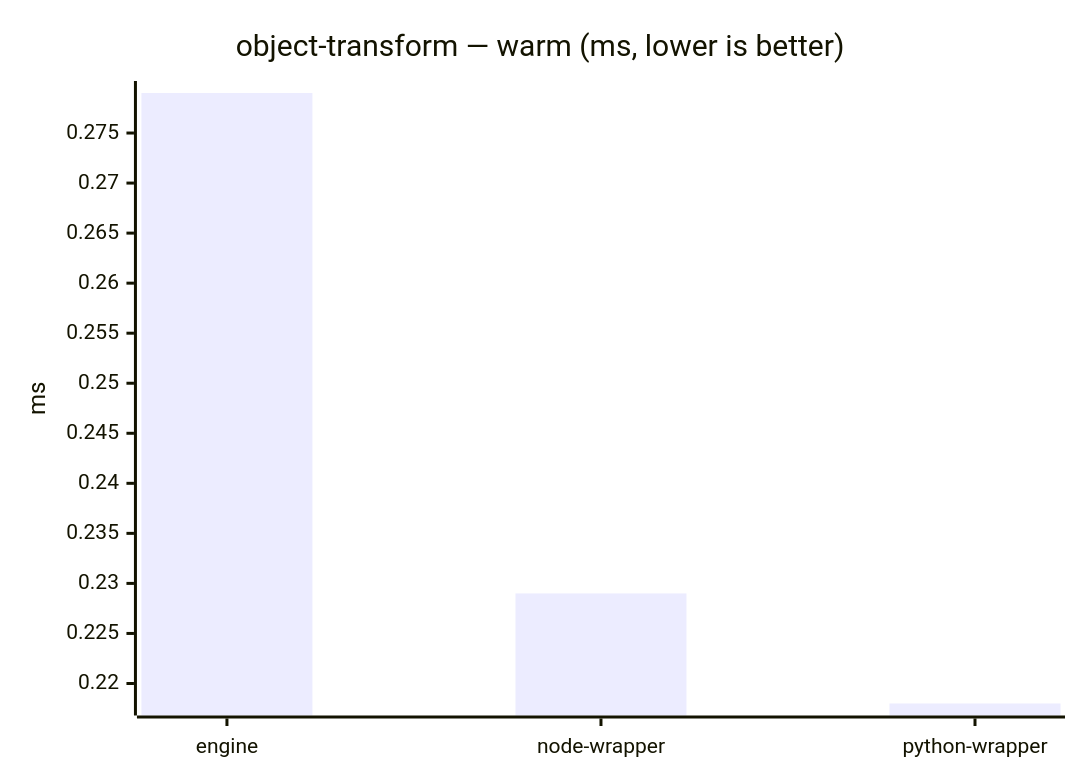
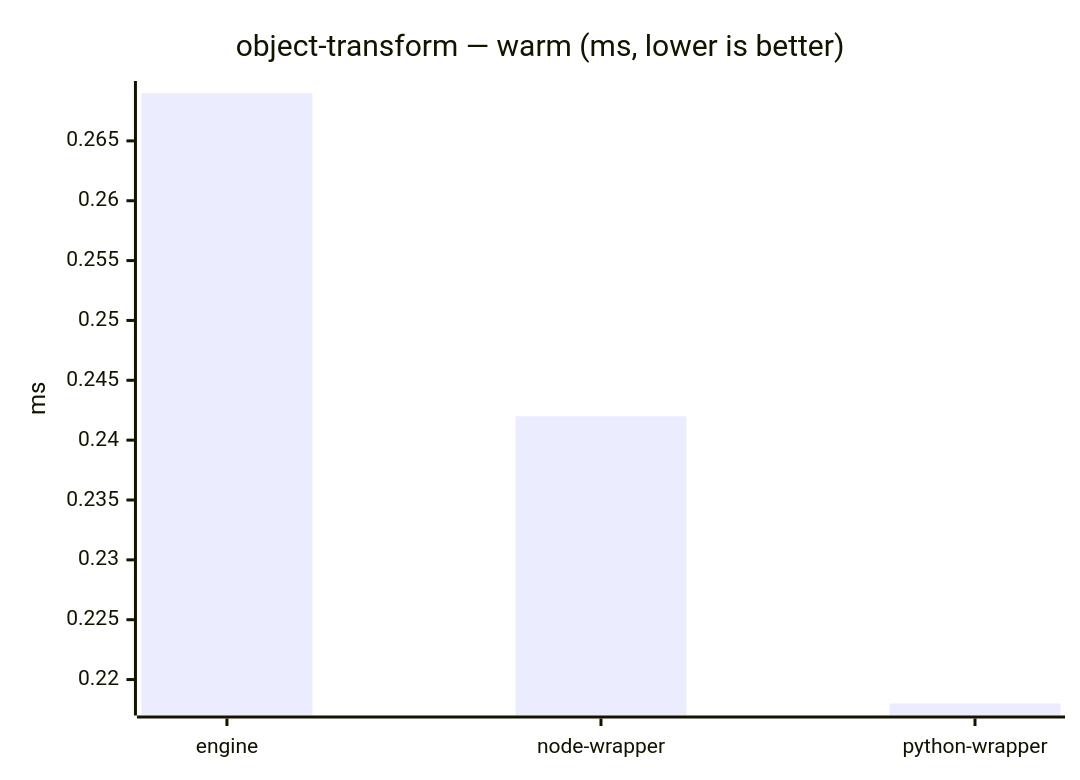
Before and after one commit to mulesoft/data-weave-cli: the fifth of 23 diagrams in benchmarks/report/RESULTS.md, drawn with Mermaid. The commit also changed other lines of this file, not shown here.

````diff
--- a/benchmarks/report/RESULTS.md
+++ b/benchmarks/report/RESULTS.md
@@ -82,7 +80,7 @@
 ```mermaid
 xychart-beta
     title "object-transform — warm (ms, lower is better)"
     x-axis ["engine", "node-wrapper", "python-wrapper"]
     y-axis "ms"
-    bar [0.279, 0.229, 0.218]
+    bar [0.269, 0.242, 0.218]
 ```
````
